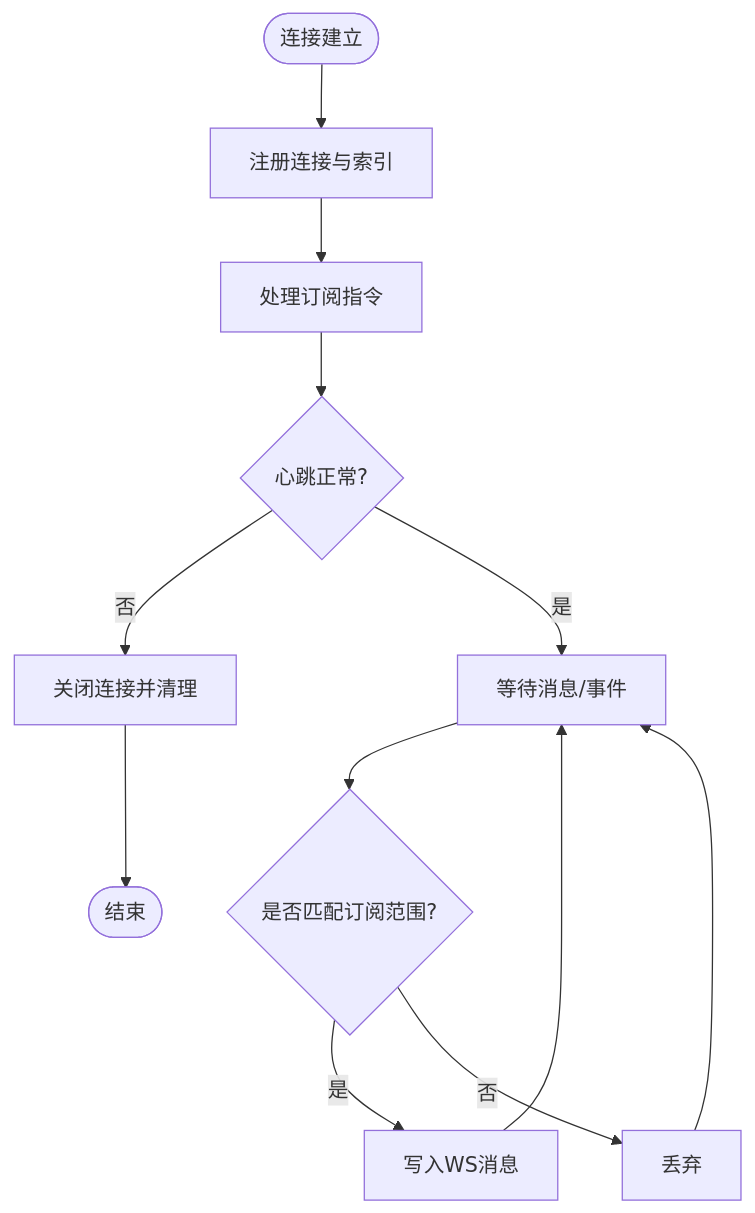
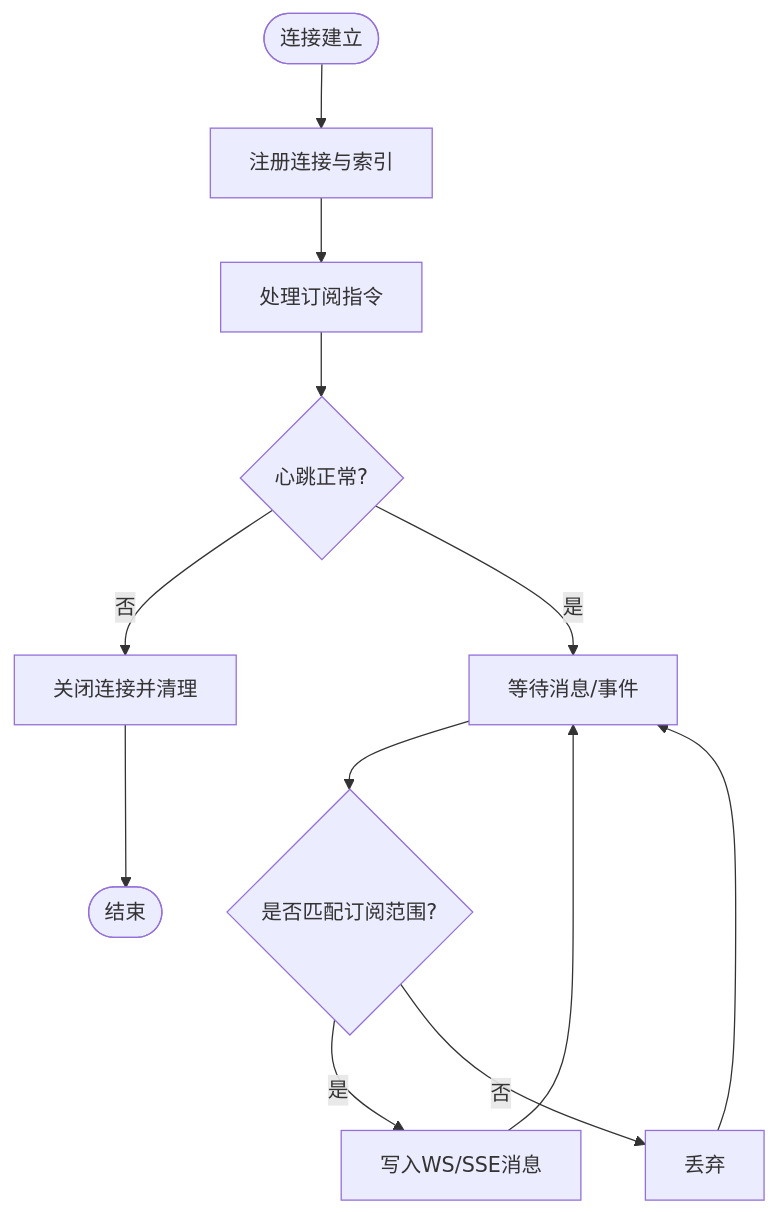
Before and after one commit to scottcwy/PurpleInk: the third of 7 diagrams in .qoder/repowiki/zh/content/API参考/导演系统API/实时流式通信API.md, drawn with Mermaid. The commit also changed other lines of this file and 109 other files, not shown here.

````diff
--- a/.qoder/repowiki/zh/content/API参考/导演系统API/实时流式通信API.md
+++ b/.qoder/repowiki/zh/content/API参考/导演系统API/实时流式通信API.md
@@ -153,14 +161,14 @@
 ```mermaid
 flowchart TD
 Start(["连接建立"]) --> Register["注册连接与索引"]
 Register --> Subscribe["处理订阅指令"]
 Subscribe --> Heartbeat{"心跳正常?"}
 Heartbeat --> |否| Close["关闭连接并清理"]
 Heartbeat --> |是| WaitMsg["等待消息/事件"]
 WaitMsg --> Broadcast{"是否匹配订阅范围?"}
-Broadcast --> |是| Send["写入WS消息"]
+Broadcast --> |是| Send["写入WS/SSE消息"]
 Broadcast --> |否| Drop["丢弃"]
 Send --> WaitMsg
 Drop --> WaitMsg
 Close --> End(["结束"])
 ```
````
